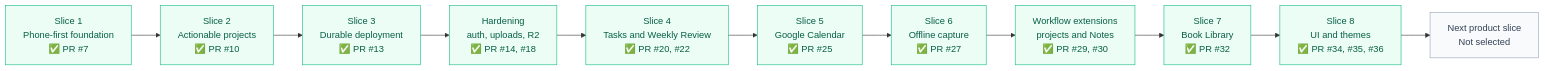
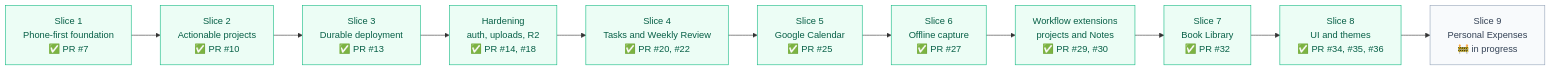
One commit to teravyte18/personal-control-center changed the diagram in docs/roadmap.md. Above: the diagram before and after it, drawn with Mermaid. The commit also changed other lines of this file, not shown here.

Commit message:
Select Personal Expenses as Slice 9

````diff
--- a/docs/roadmap.md
+++ b/docs/roadmap.md
@@ -7,21 +7,21 @@
 ```mermaid
 graph LR
     S1["Slice 1<br/>Phone-first foundation<br/>✅ PR #7"]
     S2["Slice 2<br/>Actionable projects<br/>✅ PR #10"]
     S3["Slice 3<br/>Durable deployment<br/>✅ PR #13"]
     HARDEN["Hardening<br/>auth, uploads, R2<br/>✅ PR #14, #18"]
     S4["Slice 4<br/>Tasks and Weekly Review<br/>✅ PR #20, #22"]
     S5["Slice 5<br/>Google Calendar<br/>✅ PR #25"]
     S6["Slice 6<br/>Offline capture<br/>✅ PR #27"]
     EXT["Workflow extensions<br/>projects and Notes<br/>✅ PR #29, #30"]
     S7["Slice 7<br/>Book Library<br/>✅ PR #32"]
     S8["Slice 8<br/>UI and themes<br/>✅ PR #34, #35, #36"]
-    NEXT["Next product slice<br/>Not selected"]
+    S9["Slice 9<br/>Personal Expenses<br/>🚧 in progress"]
 
-    S1 --> S2 --> S3 --> HARDEN --> S4 --> S5 --> S6 --> EXT --> S7 --> S8 --> NEXT
+    S1 --> S2 --> S3 --> HARDEN --> S4 --> S5 --> S6 --> EXT --> S7 --> S8 --> S9
 
     classDef done fill:#ecfdf5,stroke:#10b981,color:#065f46;
     classDef pending fill:#f8fafc,stroke:#94a3b8,color:#334155;
     class S1,S2,S3,HARDEN,S4,S5,S6,EXT,S7,S8 done;
-    class NEXT pending;
+    class S9 pending;
 ```
````
